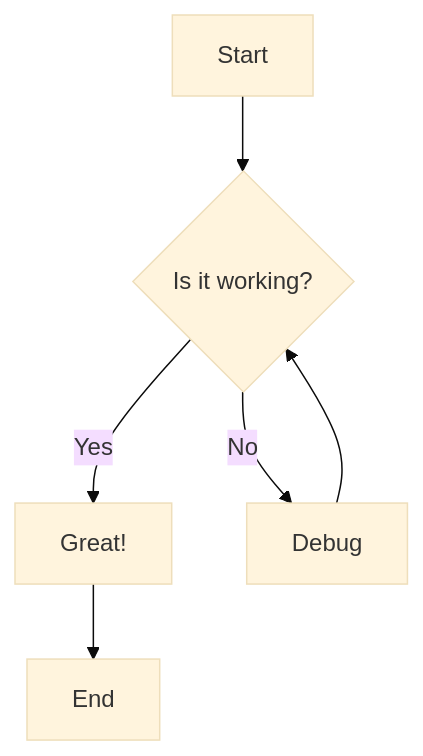
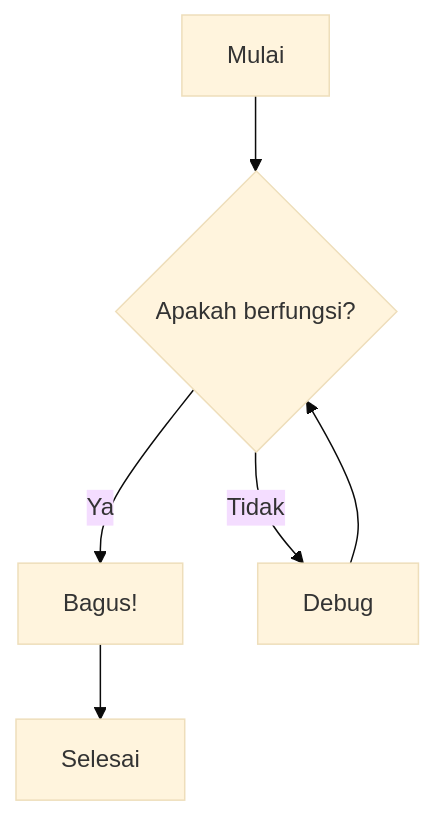
The first of 8 diagrams in flowcharts.mdx (alsyauqi/docs), drawn with Mermaid (base theme) before and after one commit. The commit also changed other lines of this file, not shown here.

````diff
--- a/flowcharts.mdx
+++ b/flowcharts.mdx
@@ -25,8 +25,8 @@
 ```mermaid
 flowchart TD
-    A[Start] --> B{Is it working?}
-    B -->|Yes| C[Great!]
-    B -->|No| D[Debug]
+    A[Mulai] --> B{Apakah berfungsi?}
+    B -->|Ya| C[Bagus!]
+    B -->|Tidak| D[Debug]
     D --> B
-    C --> E[End]
+    C --> E[Selesai]
 ```
````
